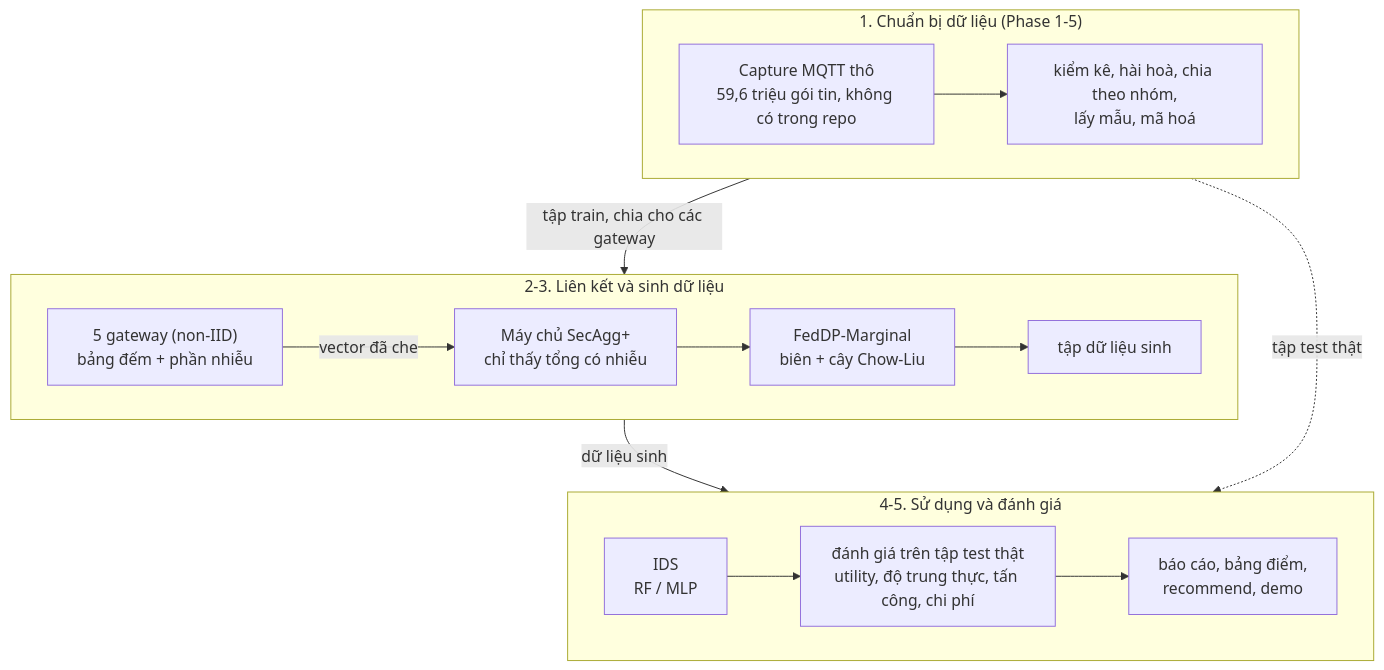
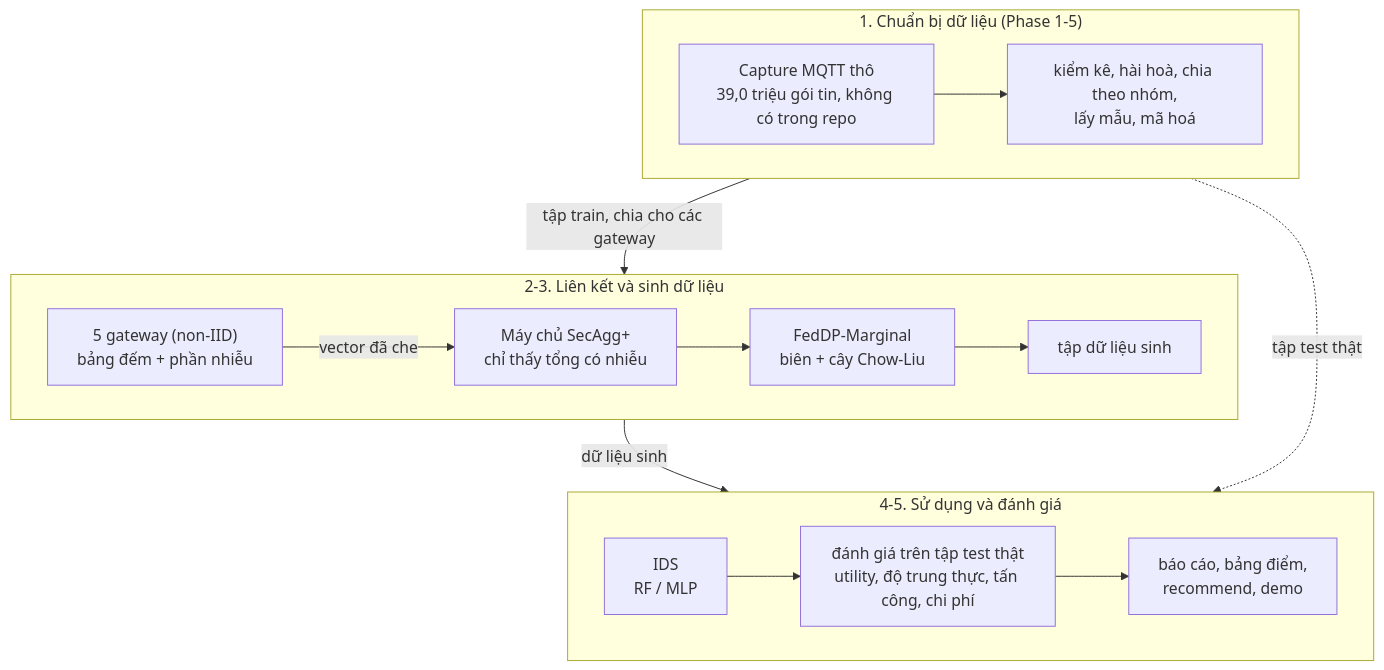
Before and after one commit to Khanh1916/PP-FedData: the diagram in README.vi.md, drawn with Mermaid. The commit also changed other lines of this file and 93 other files, not shown here.

````diff
--- a/README.vi.md
+++ b/README.vi.md
@@ -21,18 +21,18 @@
 ```mermaid
 flowchart TB
   subgraph S1["1. Chuẩn bị dữ liệu (Phase 1-5)"]
     direction LR
-    raw["Capture MQTT thô<br/>59,6 triệu gói tin, không có trong repo"] --> prep["kiểm kê, hài hoà, chia theo nhóm,<br/>lấy mẫu, mã hoá"]
+    raw["Capture MQTT thô<br/>39,0 triệu gói tin, không có trong repo"] --> prep["kiểm kê, hài hoà, chia theo nhóm,<br/>lấy mẫu, mã hoá"]
   end
   subgraph S2["2-3. Liên kết và sinh dữ liệu"]
     direction LR
     gw["5 gateway (non-IID)<br/>bảng đếm + phần nhiễu"] -->|"vector đã che"| sa["Máy chủ SecAgg+<br/>chỉ thấy tổng có nhiễu"] --> gen["FedDP-Marginal<br/>biên + cây Chow-Liu"] --> syn["tập dữ liệu sinh"]
   end
   subgraph S3["4-5. Sử dụng và đánh giá"]
     direction LR
     ids["IDS<br/>RF / MLP"] --> ev["đánh giá trên tập test thật<br/>utility, độ trung thực, tấn công, chi phí"] --> out["báo cáo, bảng điểm,<br/>recommend, demo"]
   end
   S1 -->|"tập train, chia cho các gateway"| S2
   S2 -->|"dữ liệu sinh"| S3
   S1 -.->|"tập test thật"| S3
 ```
````
